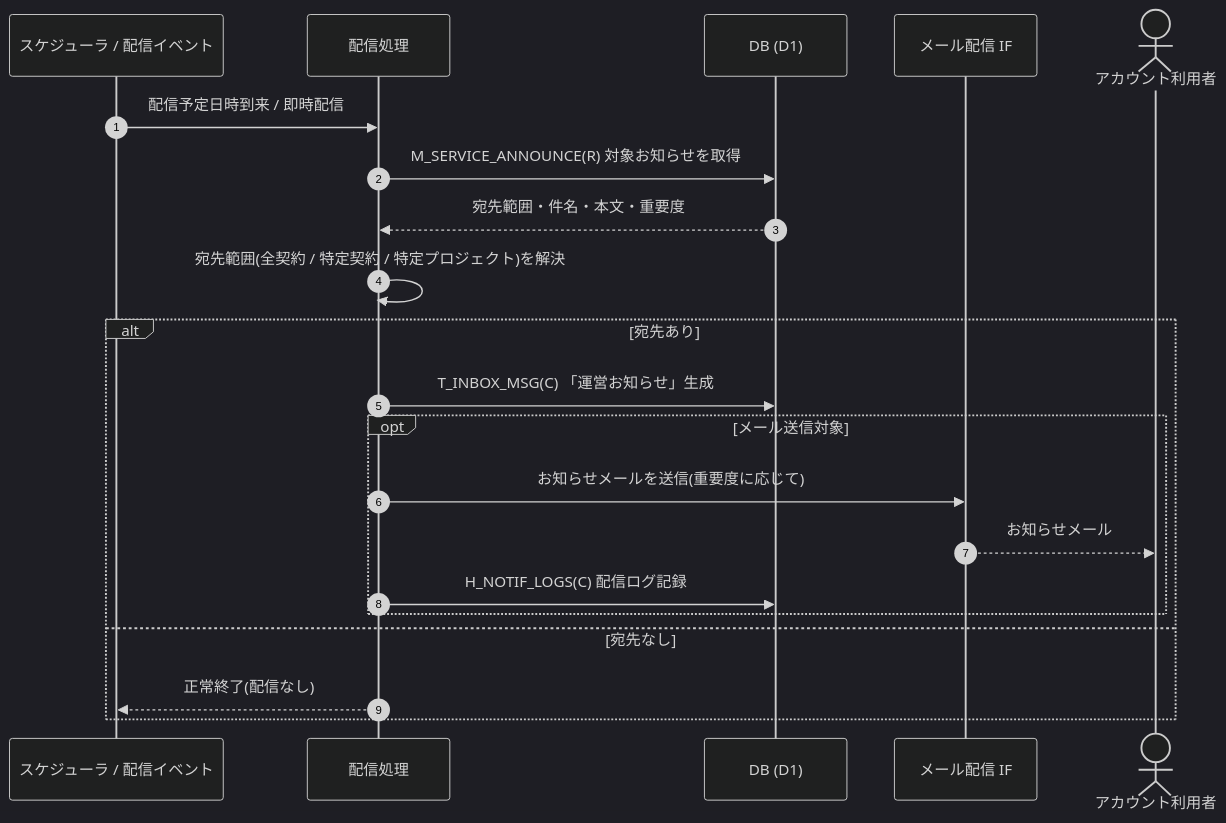
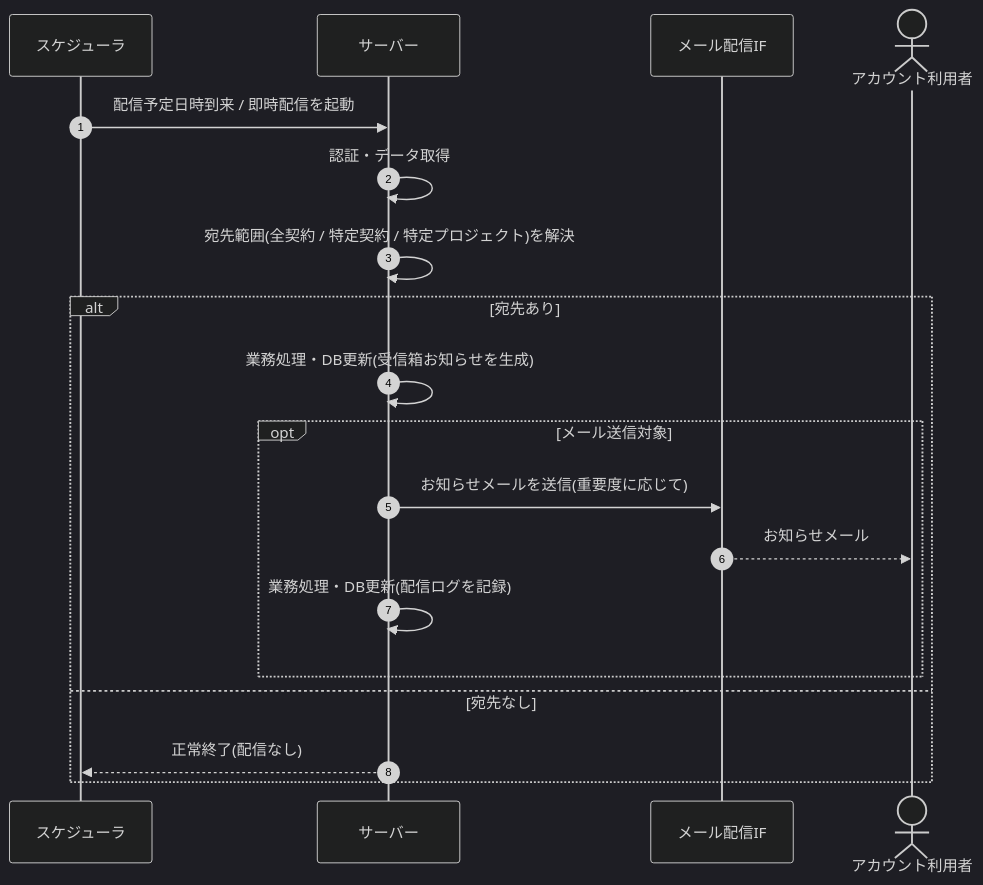
Before and after one commit to sikakou54/open-faq: the diagram in 02_basic_design/05_sequences/SEQ-094.md, drawn with Mermaid (dark theme). The commit also changed other lines of this file and 108 other files, not shown here.

First line of the commit message:
基本設計: シーケンス図を基本設計粒度(ユーザー/画面/サーバー)へ再編成

````diff
--- a/02_basic_design/05_sequences/SEQ-094.md
+++ b/02_basic_design/05_sequences/SEQ-094.md
@@ -25,23 +32,21 @@
 ```mermaid
 sequenceDiagram
   autonumber
-  participant SCH as スケジューラ / 配信イベント
-  participant D as 配信処理
-  participant DB as DB (D1)
-  participant MAIL as メール配信 IF
+  participant SCH as スケジューラ
+  participant Server as サーバー
+  participant MAIL as メール配信IF
   actor U as アカウント利用者
-  SCH->>D: 配信予定日時到来 / 即時配信
-  D->>DB: M_SERVICE_ANNOUNCE(R) 対象お知らせを取得
-  DB-->>D: 宛先範囲・件名・本文・重要度
-  D->>D: 宛先範囲(全契約 / 特定契約 / 特定プロジェクト)を解決
+  SCH->>Server: 配信予定日時到来 / 即時配信を起動
+  Server->>Server: 認証・データ取得
+  Server->>Server: 宛先範囲(全契約 / 特定契約 / 特定プロジェクト)を解決
   alt 宛先あり
-    D->>DB: T_INBOX_MSG(C) 「運営お知らせ」生成
+    Server->>Server: 業務処理・DB更新(受信箱お知らせを生成)
     opt メール送信対象
-      D->>MAIL: お知らせメールを送信(重要度に応じて)
+      Server->>MAIL: お知らせメールを送信(重要度に応じて)
       MAIL-->>U: お知らせメール
-      D->>DB: H_NOTIF_LOGS(C) 配信ログ記録
+      Server->>Server: 業務処理・DB更新(配信ログを記録)
     end
   else 宛先なし
-    D-->>SCH: 正常終了(配信なし)
+    Server-->>SCH: 正常終了(配信なし)
   end
 ```
````
